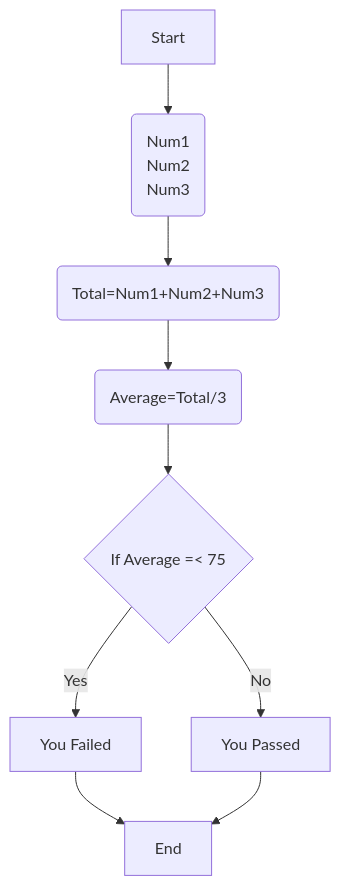
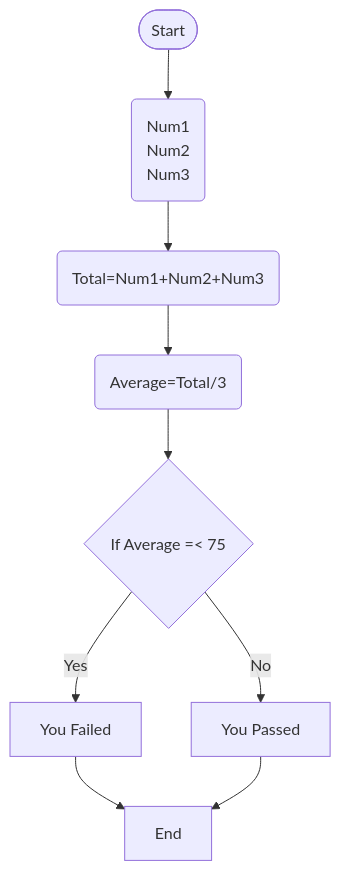
One commit to cholo0105/it_trainings changed the diagram in Flowcharts/Grade.mmd. Above: the diagram before and after it, drawn with Mermaid.

```diff
--- a/Flowcharts/Grade.mmd
+++ b/Flowcharts/Grade.mmd
@@ -1,9 +1,9 @@
 flowchart TD
-    A[Start] --> B(Num1
+    A([Start]) --> B(Num1
     Num2
     Num3) --> C(Total=Num1+Num2+Num3) --> D(Average=Total/3)
     D --> E{If Average =< 75}
     E -->|Yes| F[You Failed]
     E -->|No| G[You Passed]
     F --> End
     G --> End
```
